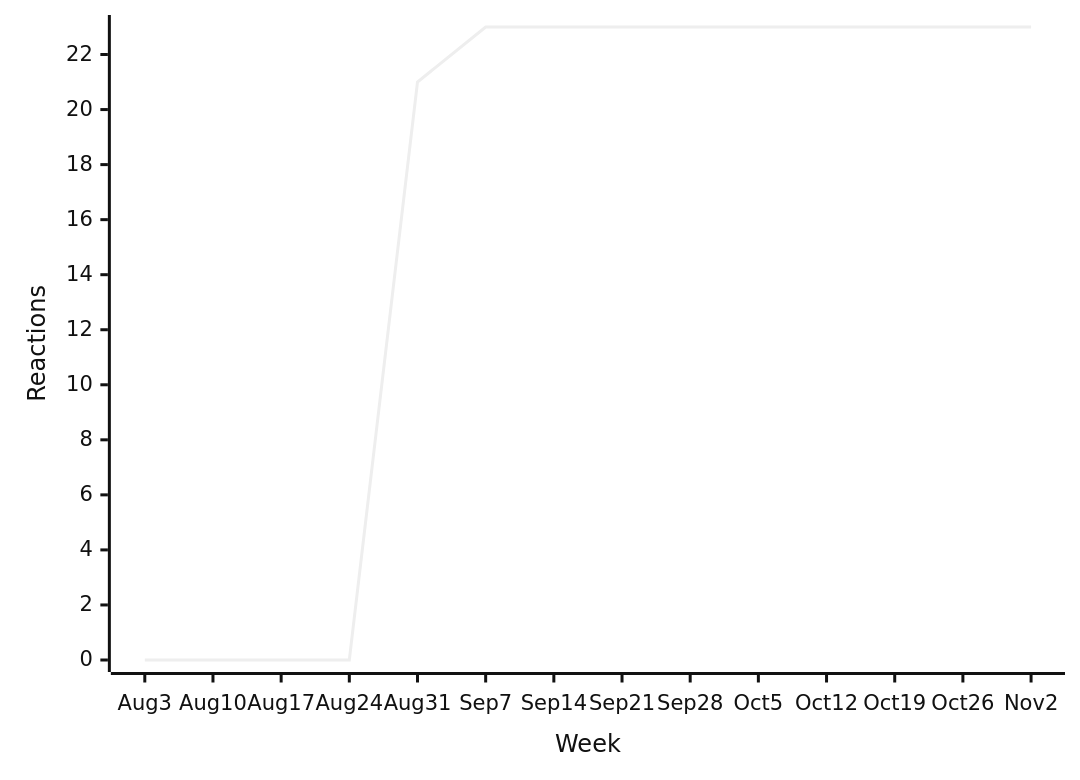
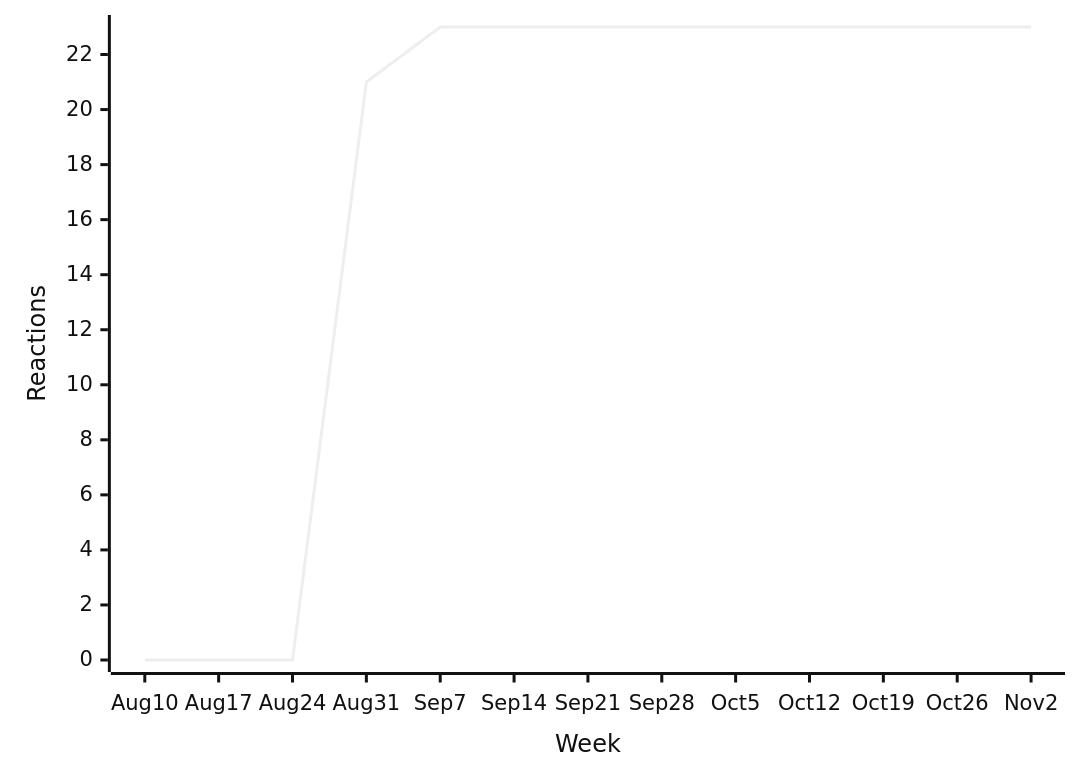
One commit to loic-sharma/github-insights changed the fifth of 40 diagrams in README.md. Above: the diagram before and after it, drawn with Mermaid (neutral theme). The commit also changed other lines of this file and 3 other files, not shown here.

````diff
--- a/README.md
+++ b/README.md
@@ -392,6 +392,6 @@
   ```mermaid
   xychart-beta
-    x-axis "Week" [Aug 3, Aug 10, Aug 17, Aug 24, Aug 31, Sep 7, Sep 14, Sep 21, Sep 28, Oct 5, Oct 12, Oct 19, Oct 26, Nov 2]
+    x-axis "Week" [Aug 10, Aug 17, Aug 24, Aug 31, Sep 7, Sep 14, Sep 21, Sep 28, Oct 5, Oct 12, Oct 19, Oct 26, Nov 2]
     y-axis "Reactions"
-    line [0, 0, 0, 0, 21, 23, 23, 23, 23, 23, 23, 23, 23, 23]
+    line [0, 0, 0, 21, 23, 23, 23, 23, 23, 23, 23, 23, 23]
   ```
````
